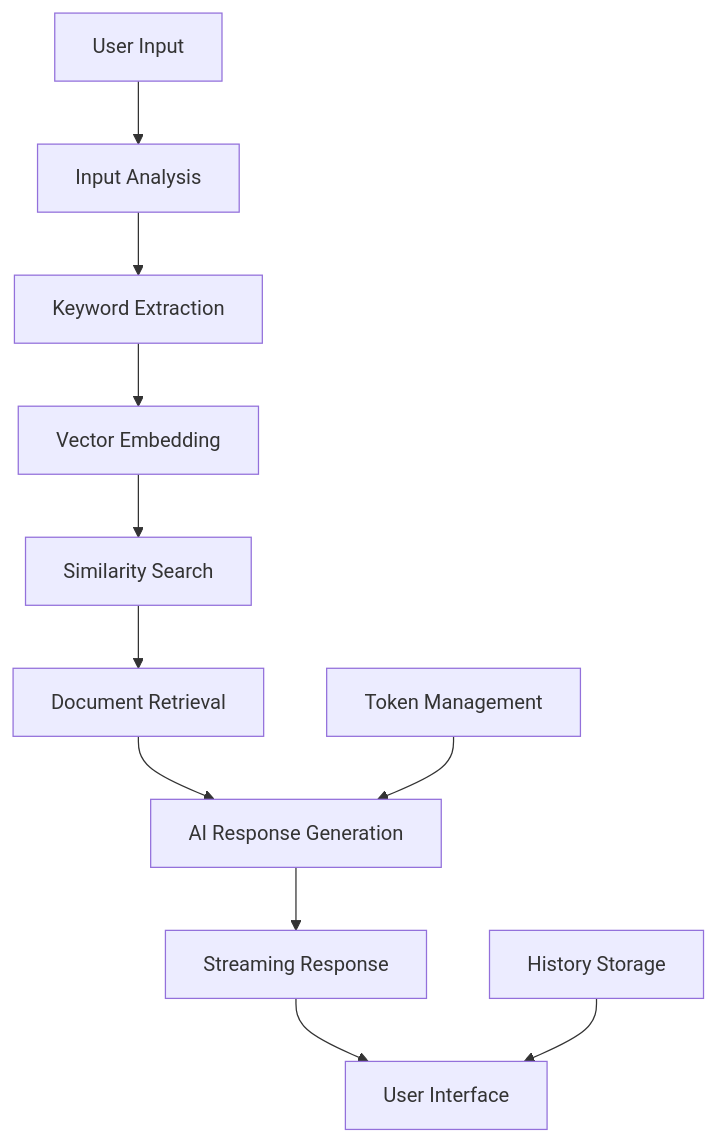
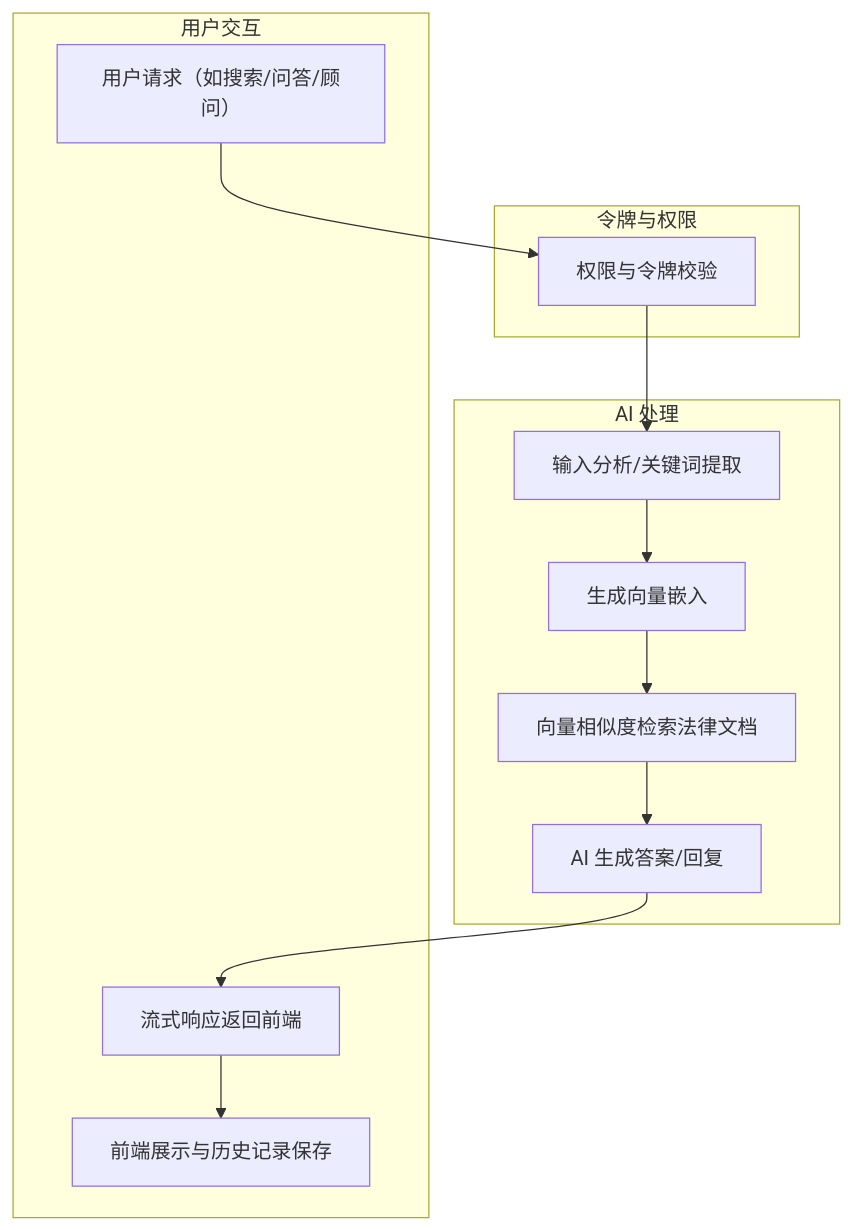
One commit to WindoC/macau-law-kb changed the diagram in README.md. Above: the diagram before and after it, drawn with Mermaid. The commit also changed other lines of this file, not shown here.

Commit message:
Update README.md: enhance AI workflow diagram with detailed Chinese descriptions and improve codebase structure clarity

````diff
--- a/README.md
+++ b/README.md
@@ -31,14 +31,25 @@
 ```mermaid
 graph TD
-    A[User Input] --> B[Input Analysis]
-    B --> C[Keyword Extraction]
-    C --> D[Vector Embedding]
-    D --> E[Similarity Search]
-    E --> F[Document Retrieval]
-    F --> G[AI Response Generation]
-    G --> H[Streaming Response]
-    H --> I[User Interface]
-    
-    J[Token Management] --> G
-    K[History Storage] --> I
+    A["用户请求（如搜索/问答/顾问）"] --> B["权限与令牌校验"]
+    B --> C["输入分析/关键词提取"]
+    C --> D["生成向量嵌入"]
+    D --> E["向量相似度检索法律文档"]
+    E --> F["AI 生成答案/回复"]
+    F --> G["流式响应返回前端"]
+    G --> H["前端展示与历史记录保存"]
+
+    subgraph 令牌与权限
+      B
+    end
+    subgraph AI 处理
+      C
+      D
+      E
+      F
+    end
+    subgraph 用户交互
+      A
+      G
+      H
+    end
 ```
````
